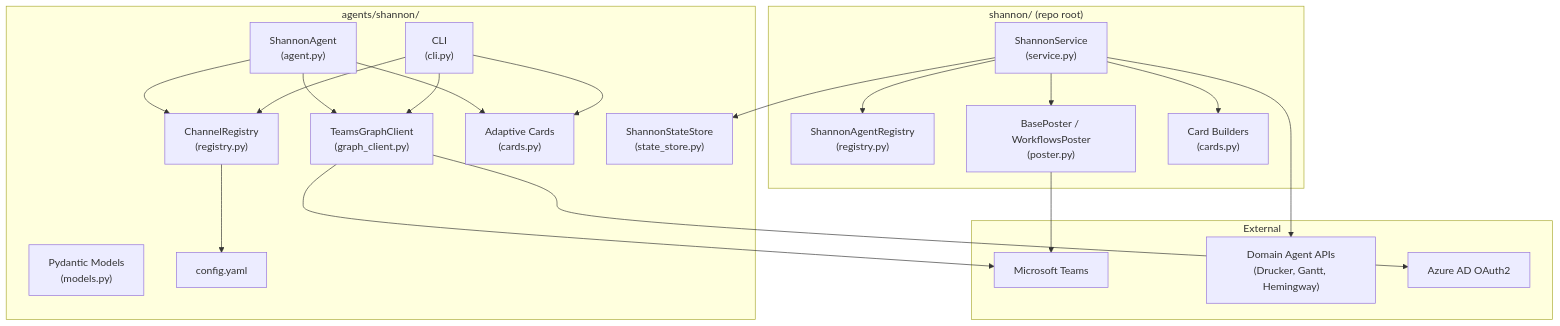
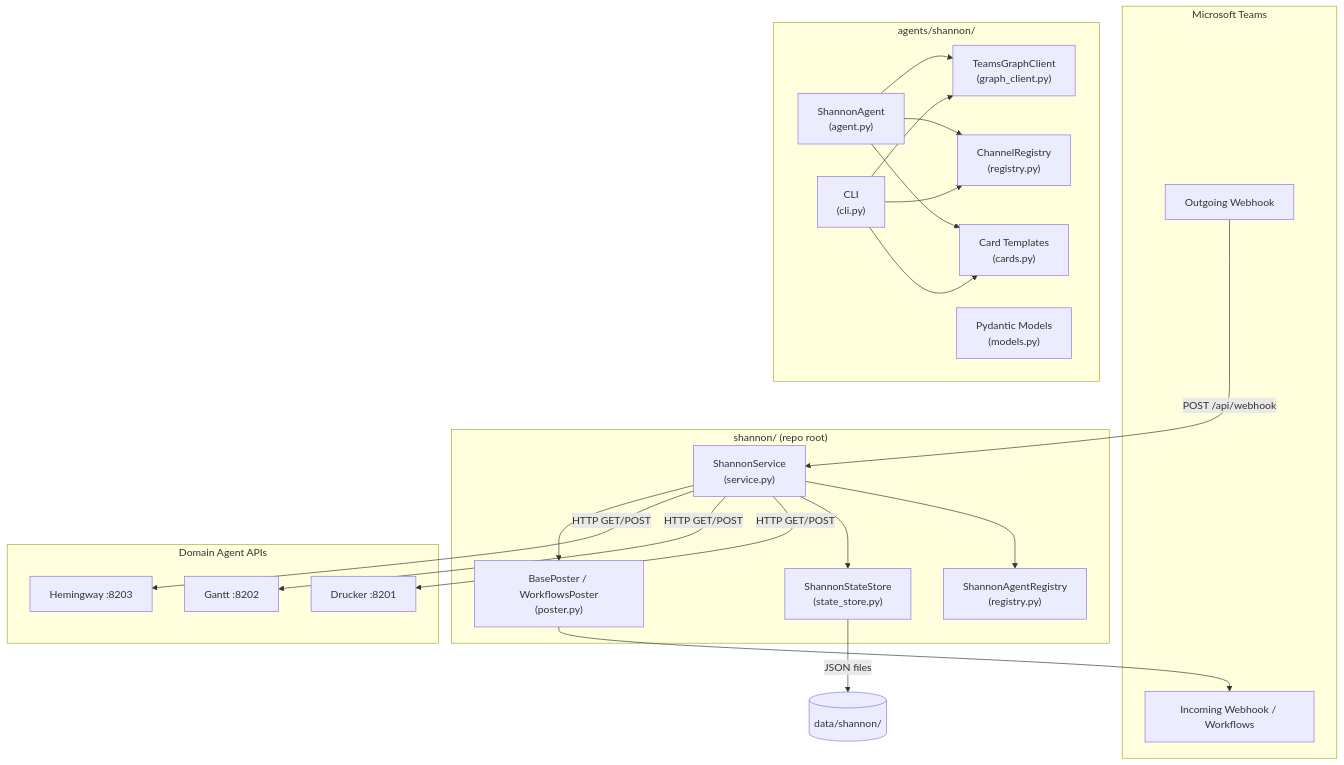
One commit to jmac-cornelis/agent-workforce changed the first of 4 diagrams in docs/agents-shannon.md. Above: the diagram before and after it, drawn with Mermaid. The commit also changed other lines of this file and 8 other files, not shown here.

````diff
--- a/docs/agents-shannon.md
+++ b/docs/agents-shannon.md
@@ -25,42 +25,45 @@
 ```mermaid
 graph TB
-    subgraph "agents/shannon/"
-        AGENT["ShannonAgent<br/>(agent.py)"]
-        GRAPH["TeamsGraphClient<br/>(graph_client.py)"]
-        REG["ChannelRegistry<br/>(registry.py)"]
-        CARDS["Adaptive Cards<br/>(cards.py)"]
+    subgraph teams["Microsoft Teams"]
+        OW["Outgoing Webhook"]
+        IW["Incoming Webhook / Workflows"]
+    end
+
+    subgraph shannon_agent["agents/shannon/"]
+        SA["ShannonAgent<br/>(agent.py)"]
+        GC["TeamsGraphClient<br/>(graph_client.py)"]
+        CR["ChannelRegistry<br/>(registry.py)"]
+        CARDS_A["Card Templates<br/>(cards.py)"]
         MODELS["Pydantic Models<br/>(models.py)"]
         CLI["CLI<br/>(cli.py)"]
-        STATE["ShannonStateStore<br/>(state_store.py)"]
-        CONFIG["config.yaml"]
     end
 
-    subgraph "shannon/ (repo root)"
+    subgraph shannon_service["shannon/ (repo root)"]
         SVC["ShannonService<br/>(service.py)"]
-        SREG["ShannonAgentRegistry<br/>(registry.py)"]
+        SS["ShannonStateStore<br/>(state_store.py)"]
         POSTER["BasePoster / WorkflowsPoster<br/>(poster.py)"]
-        SCARDS["Card Builders<br/>(cards.py)"]
+        REG_SVC["ShannonAgentRegistry<br/>(registry.py)"]
     end
 
-    subgraph "External"
-        TEAMS["Microsoft Teams"]
-        AGENTS["Domain Agent APIs<br/>(Drucker, Gantt, Hemingway)"]
-        AZURE["Azure AD OAuth2"]
+    subgraph agents_api["Domain Agent APIs"]
+        DRUCKER["Drucker :8201"]
+        GANTT["Gantt :8202"]
+        HEMINGWAY["Hemingway :8203"]
     end
 
-    AGENT --> GRAPH
-    AGENT --> REG
-    AGENT --> CARDS
-    REG --> CONFIG
-    CLI --> GRAPH
-    CLI --> REG
-    CLI --> CARDS
-    SVC --> SREG
+    OW -->|"POST /api/webhook"| SVC
+    SVC --> REG_SVC
+    SVC --> SS
+    SVC -->|"HTTP GET/POST"| DRUCKER
+    SVC -->|"HTTP GET/POST"| GANTT
+    SVC -->|"HTTP GET/POST"| HEMINGWAY
     SVC --> POSTER
-    SVC --> SCARDS
-    SVC --> STATE
-    GRAPH --> AZURE
-    GRAPH --> TEAMS
-    POSTER --> TEAMS
-    SVC --> AGENTS
+    POSTER --> IW
+    SA --> GC
+    SA --> CR
+    SA --> CARDS_A
+    CLI --> GC
+    CLI --> CR
+    CLI --> CARDS_A
+    SS -->|"JSON files"| FS[("data/shannon/")]
 ```
````
